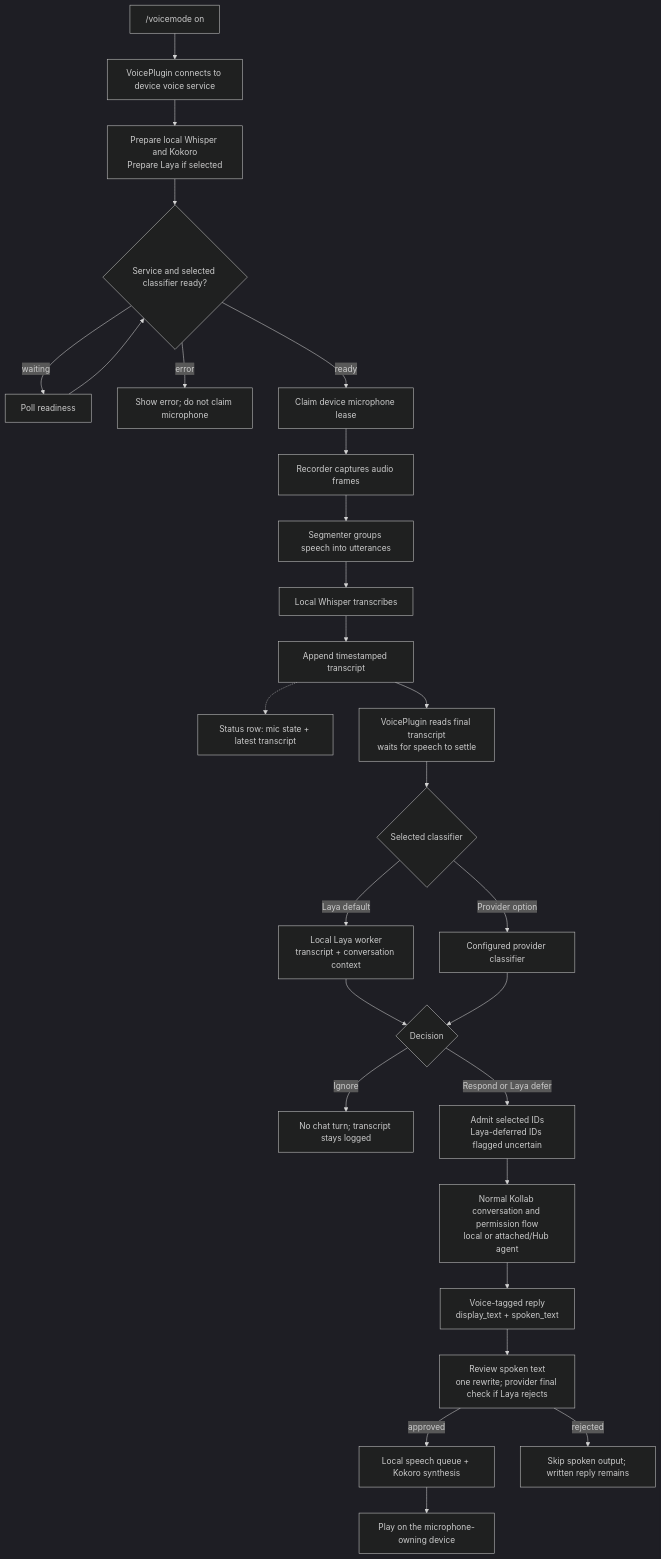
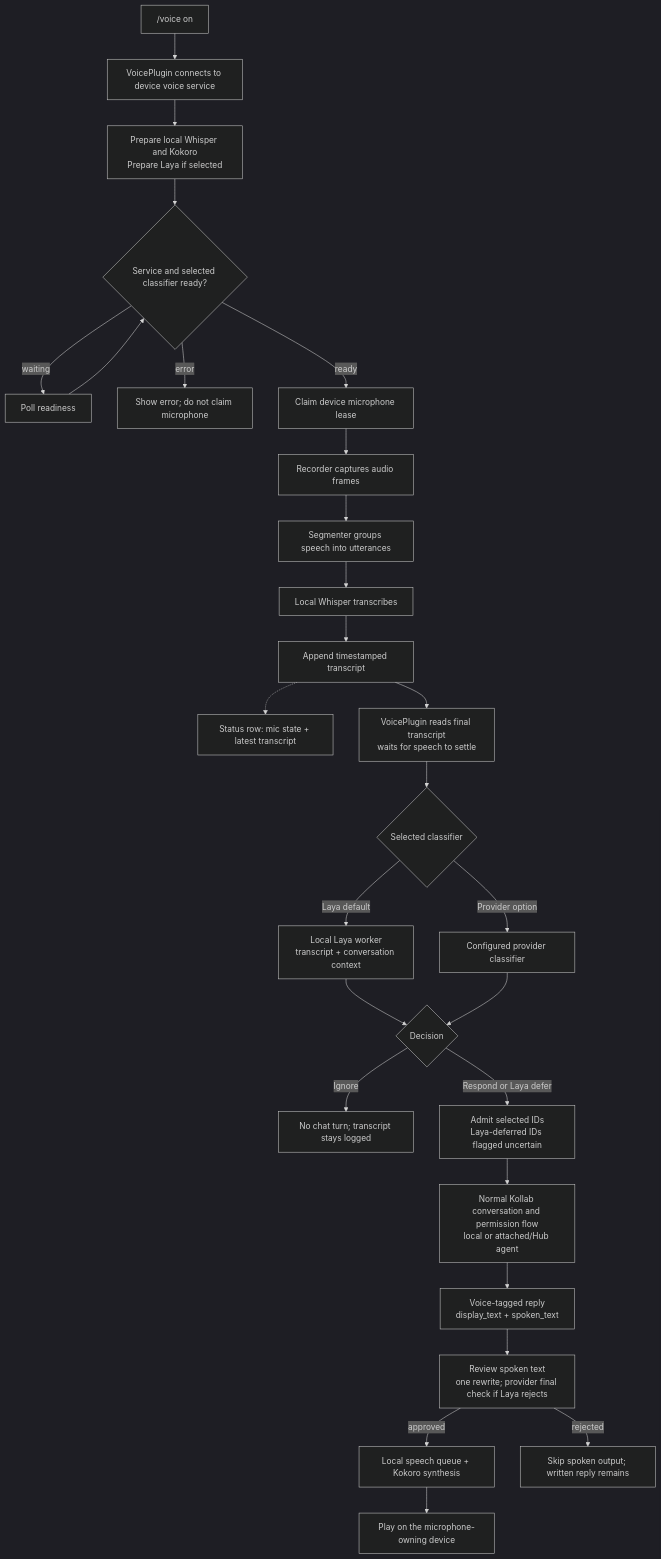
The first of 2 diagrams in docs/features/voice-mode.md (kollaborai/kollab), drawn with Mermaid (dark theme) before and after one commit. The commit also changed other lines of this file and 40 other files, not shown here.

````diff
--- a/docs/features/voice-mode.md
+++ b/docs/features/voice-mode.md
@@ -33,31 +38,31 @@
 ```mermaid
 flowchart TD
-    Start["/voicemode on"] --> Plugin["VoicePlugin connects to device voice service"]
+    Start["/voice on"] --> Plugin["VoicePlugin connects to device voice service"]
     Plugin --> Prepare["Prepare local Whisper and Kokoro<br/>Prepare Laya if selected"]
     Prepare --> Ready{"Service and selected classifier ready?"}
     Ready -->|waiting| Poll["Poll readiness"]
     Poll --> Ready
     Ready -->|error| Failed["Show error; do not claim microphone"]
     Ready -->|ready| Lease["Claim device microphone lease"]
 
     Lease --> Capture["Recorder captures audio frames"]
     Capture --> Segment["Segmenter groups speech into utterances"]
     Segment --> STT["Local Whisper transcribes"]
     STT --> Log["Append timestamped transcript"]
     Log -.-> Status["Status row: mic state + latest transcript"]
     Log --> Observe["VoicePlugin reads final transcript<br/>waits for speech to settle"]
 
     Observe --> Classifier{"Selected classifier"}
     Classifier -->|Laya default| Laya["Local Laya worker<br/>transcript + conversation context"]
     Classifier -->|Provider option| Provider["Configured provider classifier"]
     Laya --> Intent{"Decision"}
     Provider --> Intent
     Intent -->|Ignore| NoTurn["No chat turn; transcript stays logged"]
     Intent -->|Respond or Laya defer| Admit["Admit selected IDs<br/>Laya-deferred IDs flagged uncertain"]
     Admit --> Agent["Normal Kollab conversation and permission flow<br/>local or attached/Hub agent"]
     Agent --> Reply["Voice-tagged reply<br/>display_text + spoken_text"]
     Reply --> Review["Review spoken text<br/>one rewrite; provider final check if Laya rejects"]
     Review -->|approved| Synthesize["Local speech queue + Kokoro synthesis"]
     Review -->|rejected| Skip["Skip spoken output; written reply remains"]
     Synthesize --> Play["Play on the microphone-owning device"]
 ```
````
